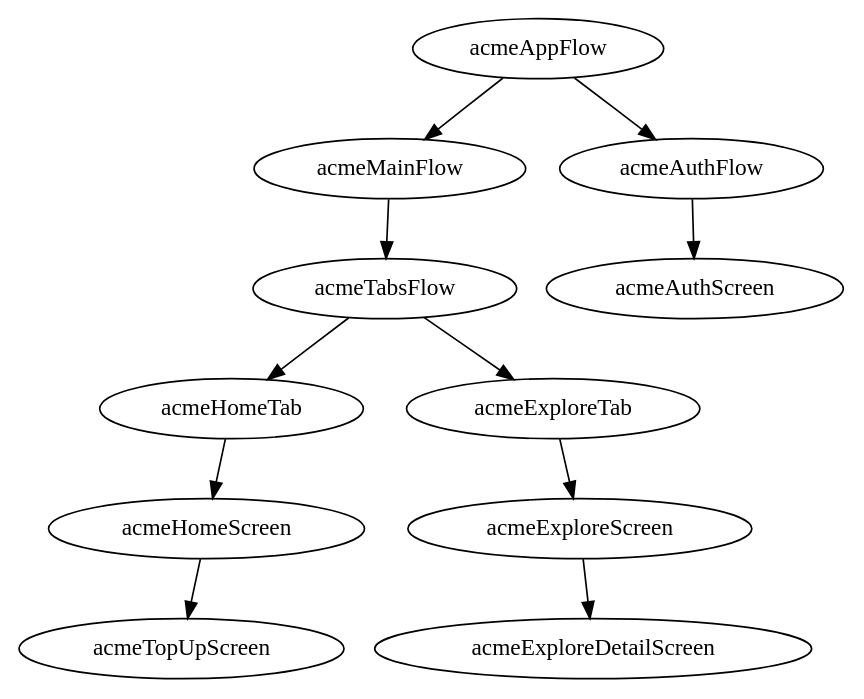
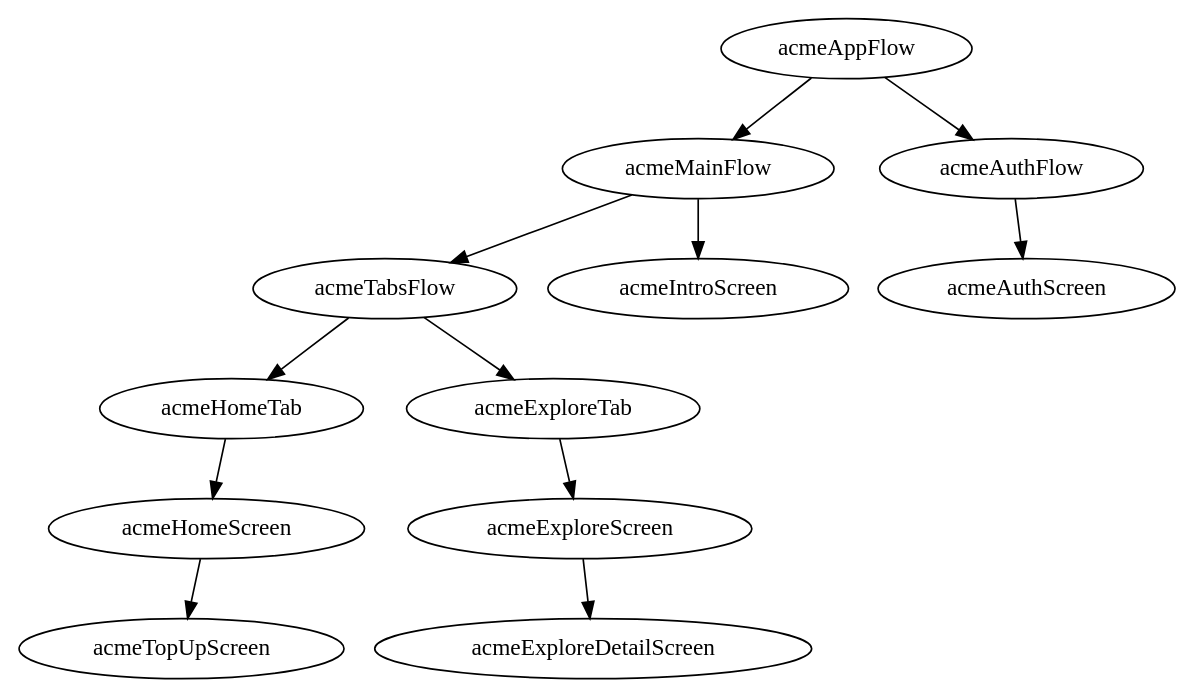
The diagram in way/src/commonTest/way/parallel-test-acme-tabs.dot (appKODE/way), drawn with Graphviz before and after one commit. The commit also changed 55 other files, not shown here.

First line of the commit message:
Schema extension, lazy regions, focused region host (#13)

```diff
--- a/way/src/commonTest/way/parallel-test-acme-tabs.dot
+++ b/way/src/commonTest/way/parallel-test-acme-tabs.dot
@@ -1,41 +1,44 @@
 digraph ParallelTestAcmeTabs {
   package = "ru.kode.way.acmetabs"
 
   // Mirrors a real-world app's layout: parallel root -> app flow -> nested parallel -> tabs.
   //
   //   acmeAppFlow [parallelFlow]   <-- schema root
   //     |
   //     +-- acmeMainFlow [flow]            <-- LOCAL flow sub-region
   //     |     |
   //     |     \-- acmeTabsFlow [parallelFlow]   <-- nested parallel inside the flow
   //     |           |
   //     |           +-- acmeHomeTab [flow] -> acmeHomeScreen
   //     |           \-- acmeExploreTab [flow] -> acmeExploreScreen
   //     |
   //     \-- acmeAuthFlow [flow] -> acmeAuthScreen   <-- sibling sub-region at the top
   acmeAppFlow [type = "parallelFlow"]
   acmeMainFlow [type = "flow"]
   acmeAuthFlow [type = "flow"]
   acmeTabsFlow [type = "parallelFlow"]
   acmeHomeTab [type = "flow"]
   acmeExploreTab [type = "flow"]
   acmeAuthScreen [type = "screen"]
   acmeHomeScreen [type = "screen"]
   acmeExploreScreen [type = "screen"]
   // acmeTopUpScreen is pushed on top of acmeHomeScreen (a real 1-deep back entry, popped by
   // maybeResolveBackEvent). Models the cross-tab "top-up from Explore" jump. acmeExploreDetailScreen
   // is a concrete Explore destination the Back-side "switch focus + navigate" step lands on.
   acmeTopUpScreen [type = "screen"]
   acmeExploreDetailScreen [type = "screen"]
+  // a screen of acmeMainFlow outside of the nested parallel: while it is active, the tabs do not exist
+  acmeIntroScreen [type = "screen"]
 
   acmeAppFlow -> acmeMainFlow
   acmeAppFlow -> acmeAuthFlow
   acmeMainFlow -> acmeTabsFlow
+  acmeMainFlow -> acmeIntroScreen
   acmeTabsFlow -> acmeHomeTab
   acmeTabsFlow -> acmeExploreTab
   acmeHomeTab -> acmeHomeScreen
   acmeHomeScreen -> acmeTopUpScreen
   acmeExploreTab -> acmeExploreScreen
   acmeExploreScreen -> acmeExploreDetailScreen
   acmeAuthFlow -> acmeAuthScreen
 }
```
